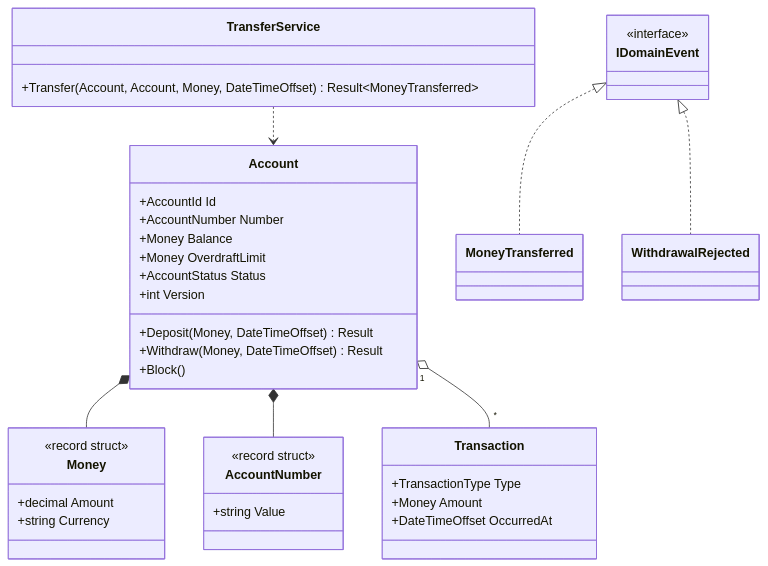
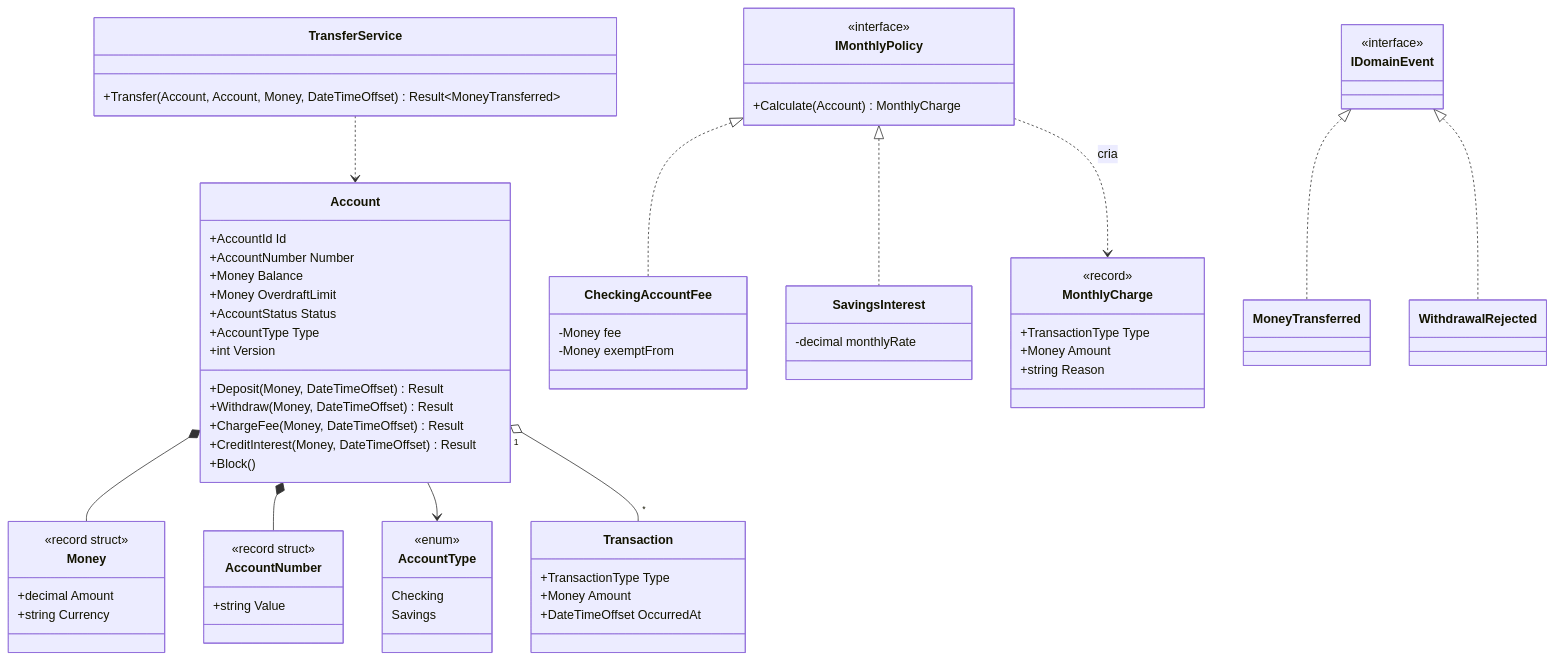
One commit to GustavoThe01/plutus-ledger changed the second of 4 diagrams in README.md. Above: the diagram before and after it, drawn with Mermaid. The commit also changed other lines of this file and 23 other files, not shown here.

````diff
--- a/README.md
+++ b/README.md
@@ -148,43 +151,72 @@
 ```mermaid
 classDiagram
     class Account {
         +AccountId Id
         +AccountNumber Number
         +Money Balance
         +Money OverdraftLimit
         +AccountStatus Status
+        +AccountType Type
         +int Version
         +Deposit(Money, DateTimeOffset) Result
         +Withdraw(Money, DateTimeOffset) Result
+        +ChargeFee(Money, DateTimeOffset) Result
+        +CreditInterest(Money, DateTimeOffset) Result
         +Block()
+    }
+    class AccountType {
+        <<enum>>
+        Checking
+        Savings
+    }
+    class IMonthlyPolicy {
+        <<interface>>
+        +Calculate(Account) MonthlyCharge
+    }
+    class CheckingAccountFee {
+        -Money fee
+        -Money exemptFrom
+    }
+    class SavingsInterest {
+        -decimal monthlyRate
+    }
+    class MonthlyCharge {
+        <<record>>
+        +TransactionType Type
+        +Money Amount
+        +string Reason
     }
     class Money {
         <<record struct>>
         +decimal Amount
         +string Currency
     }
     class AccountNumber {
         <<record struct>>
         +string Value
     }
     class Transaction {
         +TransactionType Type
         +Money Amount
         +DateTimeOffset OccurredAt
     }
     class TransferService {
         +Transfer(Account, Account, Money, DateTimeOffset) Result~MoneyTransferred~
     }
     class IDomainEvent {
         <<interface>>
     }
     class MoneyTransferred
     class WithdrawalRejected
 
     Account *-- Money
     Account *-- AccountNumber
+    Account --> AccountType
+    IMonthlyPolicy <|.. CheckingAccountFee
+    IMonthlyPolicy <|.. SavingsInterest
+    IMonthlyPolicy ..> MonthlyCharge : cria
     Account "1" o-- "*" Transaction
     TransferService ..> Account
     IDomainEvent <|.. MoneyTransferred
     IDomainEvent <|.. WithdrawalRejected
 ```
````
